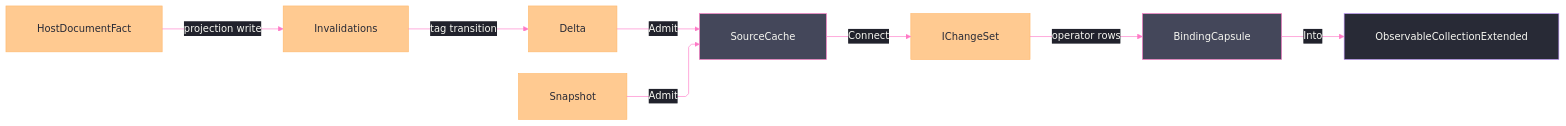
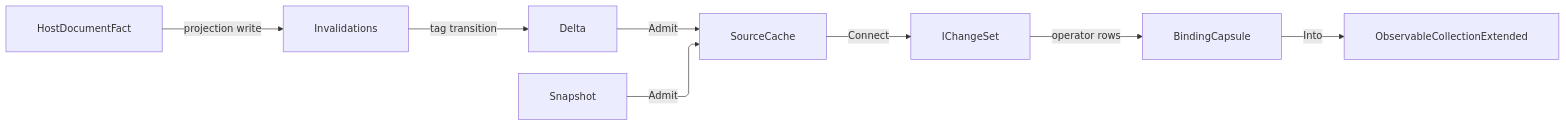
The diagram in libs/csharp/Rasm.AppUi/.planning/Editing/livedata.md (bsamiee/Rasm), drawn with Mermaid before and after one commit. The commit also changed 324 other files, not shown here.

````diff
--- a/libs/csharp/Rasm.AppUi/.planning/Editing/livedata.md
+++ b/libs/csharp/Rasm.AppUi/.planning/Editing/livedata.md
@@ -202,41 +202,19 @@
 ```mermaid
 ---
 config:
-  theme: base
-  look: classic
   layout: elk
   flowchart:
     curve: linear
     padding: 25
-  themeVariables:
-    darkMode: true
-    fontFamily: "SF Mono, Menlo, Cascadia Mono, Segoe UI Mono, Consolas, monospace"
-    useGradient: false
-    dropShadow: "none"
-    background: "#282A36"
-    primaryColor: "#44475A"
-    primaryTextColor: "#F8F8F2"
-    primaryBorderColor: "#BD93F9"
-    lineColor: "#FF79C6"
-    textColor: "#F8F8F2"
-    edgeLabelBackground: "#21222C"
-    labelBackgroundColor: "#21222C"
-  themeCSS: ".nodeLabel{font-size:13px;font-weight:500}.edgeLabel{font-size:12px;font-weight:500}.cluster-label .nodeLabel{font-size:13.5px;font-weight:700;letter-spacing:.08em}.edge-thickness-normal{stroke-width:2px}.edge-thickness-thick{stroke-width:3px}.edge-pattern-dashed,.edge-pattern-dotted{stroke-width:1.5px;stroke-dasharray:4 6}.node rect,.node circle,.node polygon,.node path,.node .outer-path{stroke-width:1.5px;filter:none!important}.cluster rect{stroke-width:1px!important;stroke-dasharray:5 4!important;filter:none!important}.marker path{transform:scale(.8);transform-origin:5px 5px}.marker circle{transform:scale(.48);transform-origin:5px 5px}.edgeLabel rect{transform-box:fill-box;transform-origin:center;transform:scale(1.1,1.2)}"
 ---
 flowchart LR
     accTitle: Live-data admission spine
     accDescr: Host facts and snapshots converge through typed admission into one source cache, change-set pipeline, binding capsule, and collection.
     HostDocumentFact -->|projection write| Invalidations
     Invalidations -->|tag transition| Delta
     Snapshot -->|Admit| SourceCache
     Delta -->|Admit| SourceCache
     SourceCache -->|Connect| IChangeSet
     IChangeSet -->|operator rows| BindingCapsule
     BindingCapsule -->|Into| ObservableCollectionExtended
-    classDef primary fill:#44475A,stroke:#FF79C6,color:#F8F8F2
-    classDef boundary fill:#282A36,stroke:#BD93F9,color:#F8F8F2
-    classDef data fill:#FFB86CBF,stroke:#FFB86C,color:#282A36
-    class HostDocumentFact,Snapshot,Invalidations,Delta,IChangeSet data
-    class SourceCache,BindingCapsule primary
-    class ObservableCollectionExtended boundary
 ```
````
